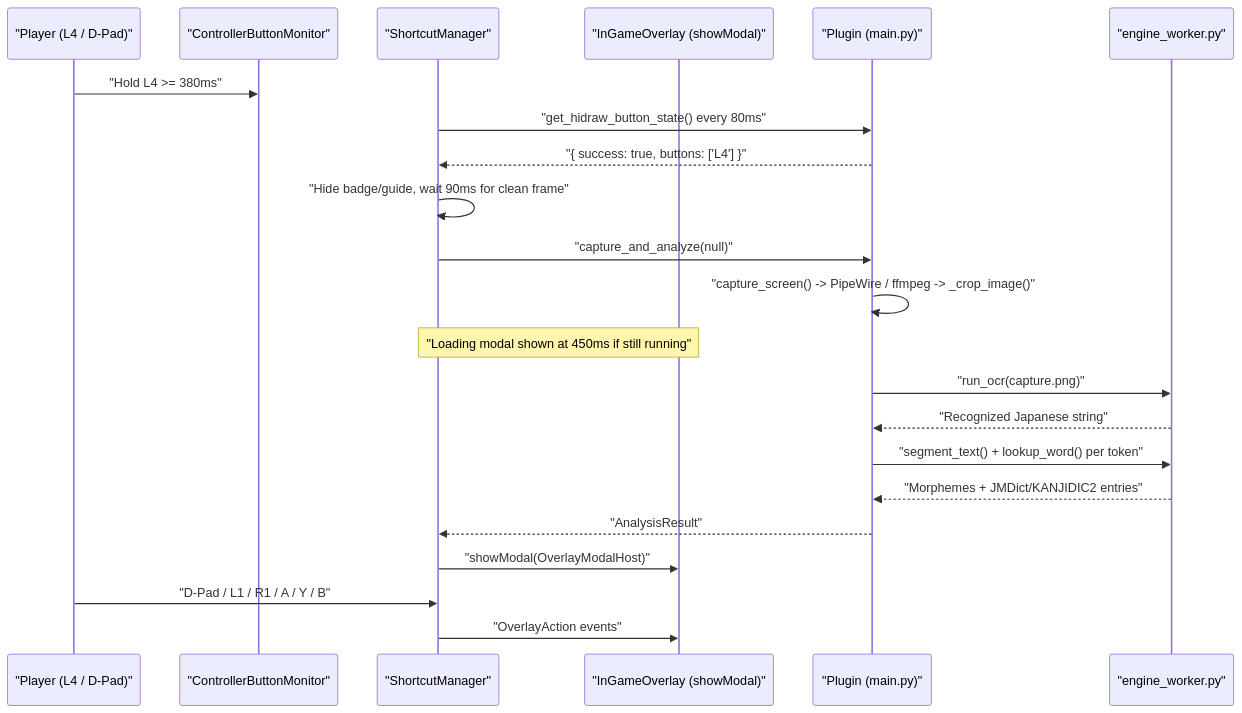
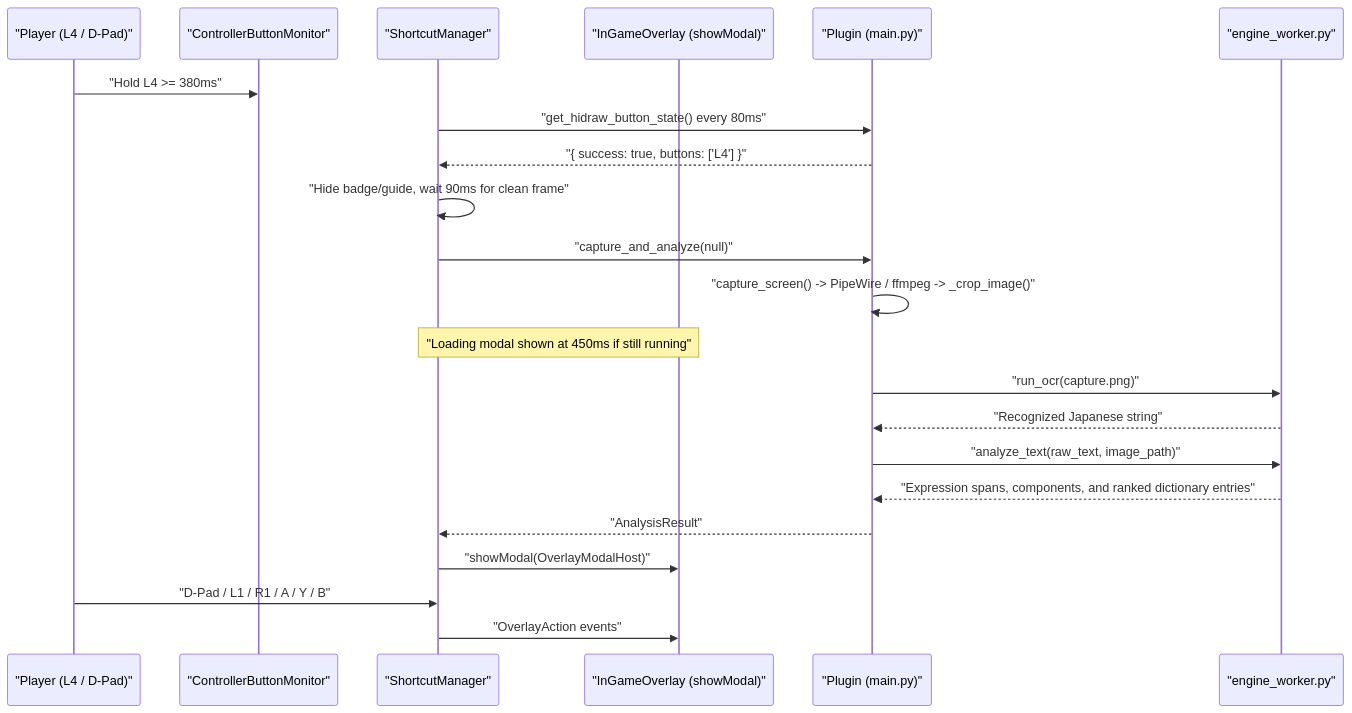
Before and after one commit to Apex-94/decky-yomi: the second of 2 diagrams in ARCHITECTURE.md, drawn with Mermaid. The commit also changed other lines of this file and 13 other files, not shown here.

````diff
--- a/ARCHITECTURE.md
+++ b/ARCHITECTURE.md
@@ -45,25 +45,25 @@
 ```mermaid
 sequenceDiagram
     participant User as "Player (L4 / D-Pad)"
     participant CM as "ControllerButtonMonitor"
     participant SM as "ShortcutManager"
     participant UI as "InGameOverlay (showModal)"
     participant PY as "Plugin (main.py)"
     participant EW as "engine_worker.py"
 
     User->>CM: "Hold L4 >= 380ms"
     SM->>PY: "get_hidraw_button_state() every 80ms"
     PY-->>SM: "{ success: true, buttons: ['L4'] }"
     SM->>SM: "Hide badge/guide, wait 90ms for clean frame"
     SM->>PY: "capture_and_analyze(null)"
     PY->>PY: "capture_screen() -> PipeWire / ffmpeg -> _crop_image()"
     Note over SM,UI: "Loading modal shown at 450ms if still running"
     PY->>EW: "run_ocr(capture.png)"
     EW-->>PY: "Recognized Japanese string"
-    PY->>EW: "segment_text() + lookup_word() per token"
-    EW-->>PY: "Morphemes + JMDict/KANJIDIC2 entries"
+    PY->>EW: "analyze_text(raw_text, image_path)"
+    EW-->>PY: "Expression spans, components, and ranked dictionary entries"
     PY-->>SM: "AnalysisResult"
     SM->>UI: "showModal(OverlayModalHost)"
     User->>SM: "D-Pad / L1 / R1 / A / Y / B"
     SM->>UI: "OverlayAction events"
 ```
````
